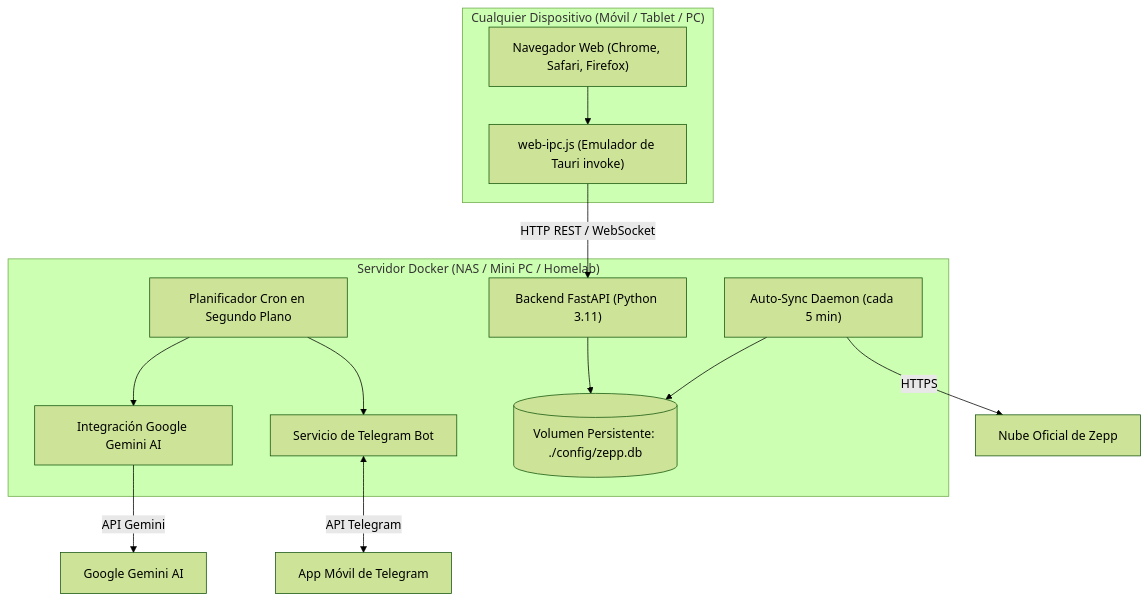
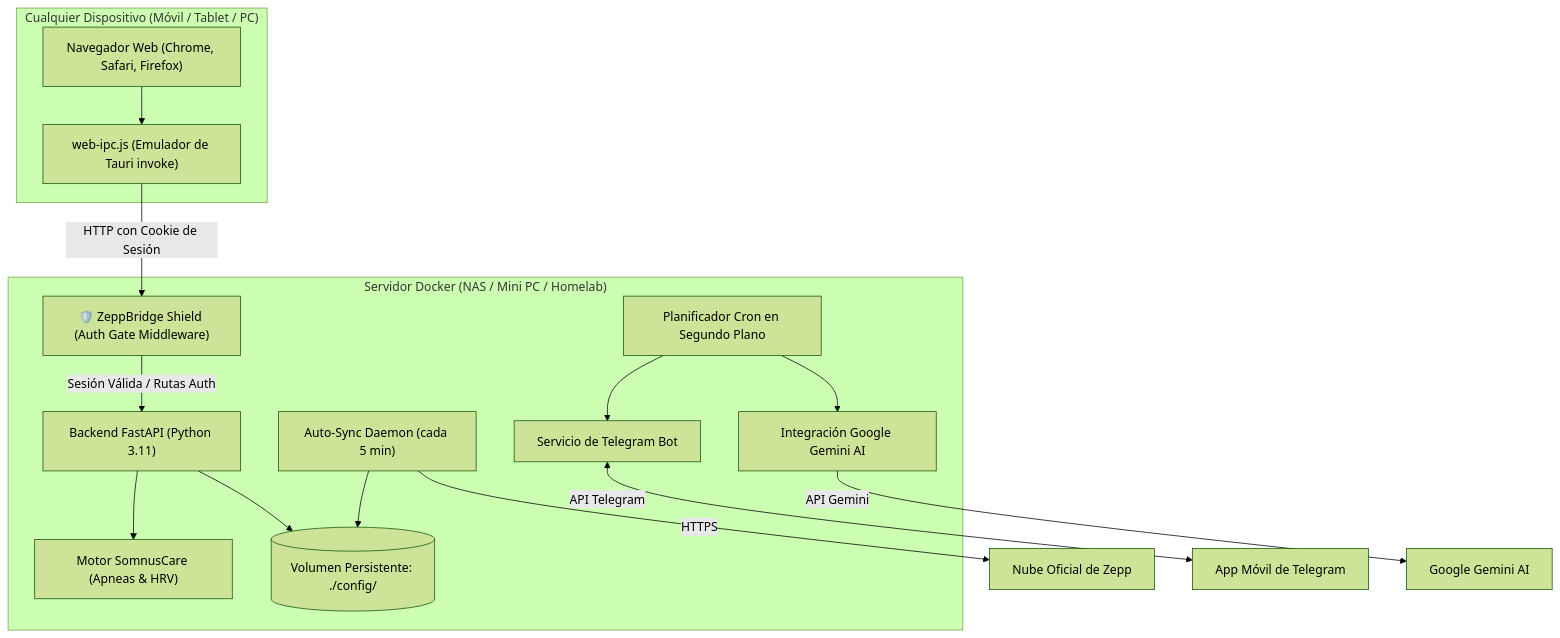
One commit to milfer322/ZeppBridge changed the second of 2 diagrams in DIFFERENCES.md. Above: the diagram before and after it, drawn with Mermaid (forest theme). The commit also changed other lines of this file and 1 other file, not shown here.

Commit message:
docs: update README and DIFFERENCES with 2FA shield, SomnusCare apnea analysis, and v3.1.1 bump

````diff
--- a/DIFFERENCES.md
+++ b/DIFFERENCES.md
@@ -54,27 +56,31 @@
 ```mermaid
 flowchart TD
     subgraph Clientes["Cualquier Dispositivo (Móvil / Tablet / PC)"]
         Browser["Navegador Web (Chrome, Safari, Firefox)"]
         WebIPC["web-ipc.js (Emulador de Tauri invoke)"]
         Browser --> WebIPC
     end
 
     subgraph Servidor_Docker["Servidor Docker (NAS / Mini PC / Homelab)"]
+        Shield["🛡️ ZeppBridge Shield (Auth Gate Middleware)"]
         FastAPI["Backend FastAPI (Python 3.11)"]
         CronEngine["Planificador Cron en Segundo Plano"]
         AutoSync["Auto-Sync Daemon (cada 5 min)"]
         TelegramService["Servicio de Telegram Bot"]
         GeminiService["Integración Google Gemini AI"]
-        DB[("Volumen Persistente: ./config/zepp.db")]
+        SomnusEngine["Motor SomnusCare (Apneas & HRV)"]
+        DB[("Volumen Persistente: ./config/")]
 
+        WebIPC -->|HTTP con Cookie de Sesión| Shield
+        Shield -->|Sesión Válida / Rutas Auth| FastAPI
         FastAPI --> DB
+        FastAPI --> SomnusEngine
         AutoSync --> DB
         CronEngine --> GeminiService
         CronEngine --> TelegramService
     end
 
-    WebIPC -->|HTTP REST / WebSocket| FastAPI
     AutoSync -->|HTTPS| ZeppCloud["Nube Oficial de Zepp"]
     TelegramService <-->|API Telegram| TelegramApp["App Móvil de Telegram"]
     GeminiService -->|API Gemini| GoogleAI["Google Gemini AI"]
 ```
````
